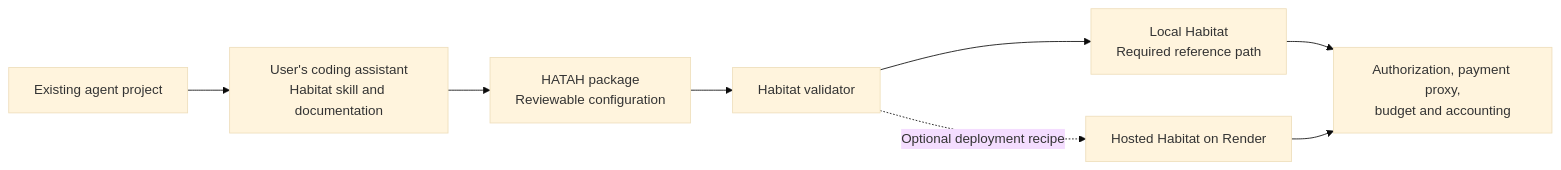
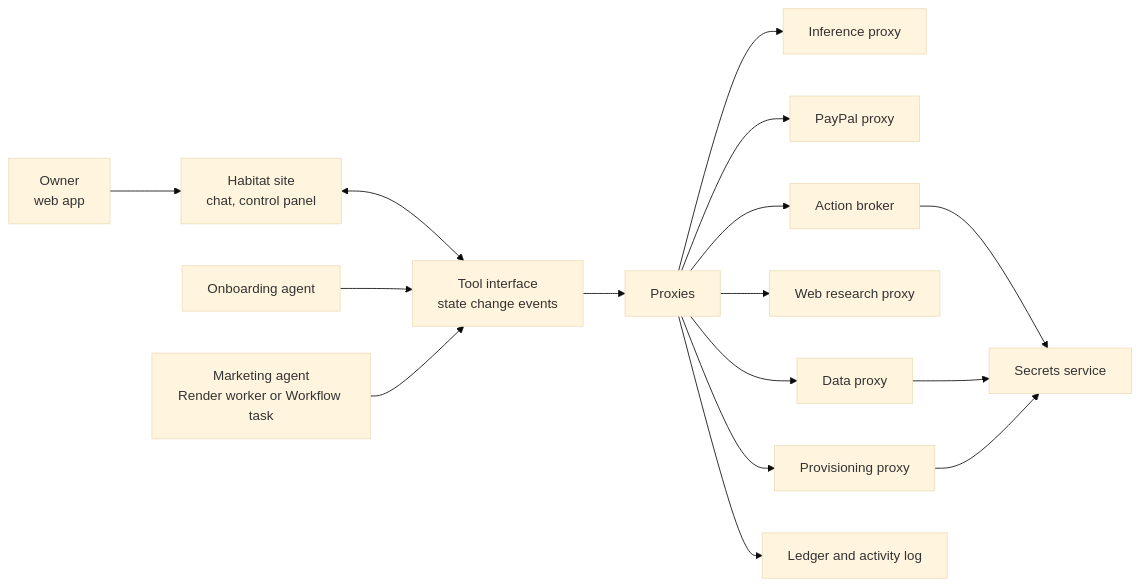
One commit to alekst23/habitat-mvp changed the diagram in docs/habitat-mvp.md. Above: the diagram before and after it, drawn with Mermaid (base theme). The commit also changed other lines of this file, not shown here.

````diff
--- a/docs/habitat-mvp.md
+++ b/docs/habitat-mvp.md
@@ -43,10 +68,18 @@
 ```mermaid
 flowchart LR
-    P["Existing agent project"] --> S["User's coding assistant<br/>Habitat skill and documentation"]
-    S --> H["HATAH package<br/>Reviewable configuration"]
-    H --> V["Habitat validator"]
-    V --> L["Local Habitat<br/>Required reference path"]
-    V -. Optional deployment recipe .-> R["Hosted Habitat on Render"]
-    L --> C["Authorization, payment proxy,<br/>budget and accounting"]
-    R --> C
+    O["Owner<br/>web app"] --> UI["Habitat site<br/>chat, control panel"]
+    UI <--> T["Tool interface<br/>state change events"]
+    OA["Onboarding agent"] --> T
+    MA["Marketing agent<br/>Render worker or Workflow task"] --> T
+    T --> P["Proxies"]
+    P --> I["Inference proxy"]
+    P --> PP["PayPal proxy"]
+    P --> A["Action broker"]
+    P --> W["Web research proxy"]
+    P --> D["Data proxy"]
+    P --> R["Provisioning proxy"]
+    A --> S["Secrets service"]
+    D --> S
+    R --> S
+    P --> L["Ledger and activity log"]
 ```
````
